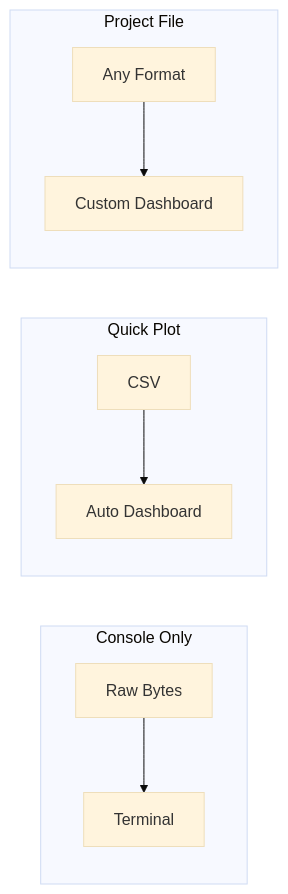
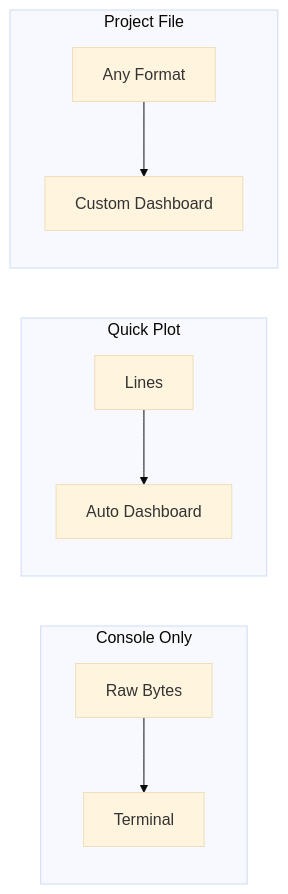
The diagram in doc/help/Operation-Modes.md (Serial-Studio/Serial-Studio), drawn with Mermaid (base theme) before and after one commit. The commit also changed other lines of this file and 54 other files, not shown here.

````diff
--- a/doc/help/Operation-Modes.md
+++ b/doc/help/Operation-Modes.md
@@ -15,12 +15,12 @@
 ```mermaid
 flowchart LR
     subgraph CO["Console Only"]
         C1["Raw Bytes"] --> C2["Terminal"]
     end
     subgraph QP["Quick Plot"]
-        Q1["CSV"] --> Q2["Auto Dashboard"]
+        Q1["Lines"] --> Q2["Auto Dashboard"]
     end
     subgraph PF["Project File"]
         P1["Any Format"] --> P2["Custom Dashboard"]
     end
 ```
````
